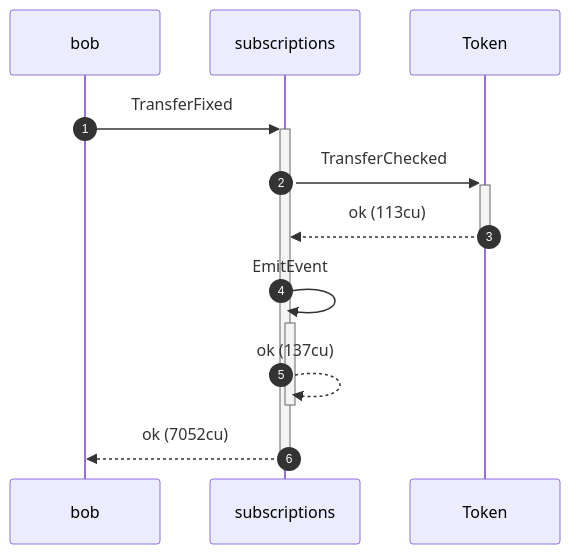
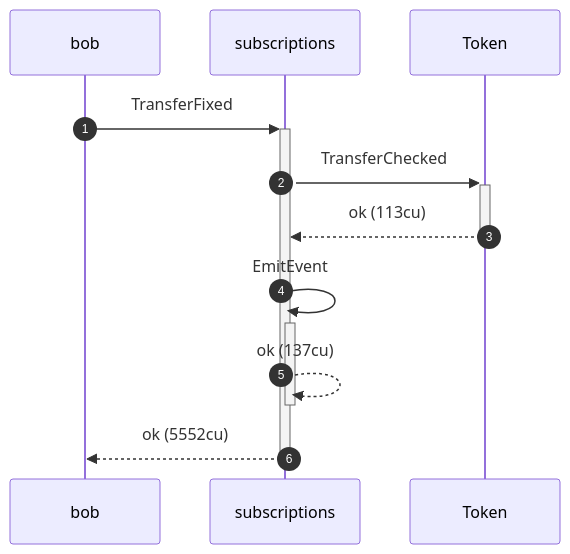
Before and after one commit to cds-rs/subscriptions: the tenth of 12 diagrams in dsl_tests/create-a-fixed-delegation-with-a-zero-expiry.md, drawn with Mermaid. The commit also changed other lines of this file and 224 other files, not shown here.

````diff
--- a/dsl_tests/create-a-fixed-delegation-with-a-zero-expiry.md
+++ b/dsl_tests/create-a-fixed-delegation-with-a-zero-expiry.md
@@ -195,13 +204,13 @@
 ```mermaid
 sequenceDiagram
     autonumber
     participant bob
     participant subscriptions
     participant Token
     bob ->>+ subscriptions: TransferFixed
     subscriptions ->>+ Token: TransferChecked
     Token -->>- subscriptions: ok (113cu)
     subscriptions ->>+ subscriptions: EmitEvent
     subscriptions -->>- subscriptions: ok (137cu)
-    subscriptions -->>- bob: ok (7052cu)
+    subscriptions -->>- bob: ok (5552cu)
 ```
````
